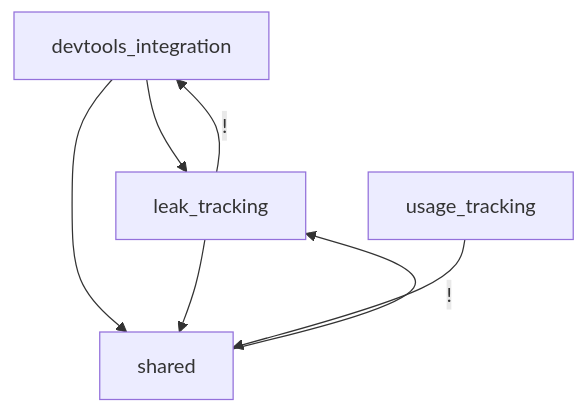
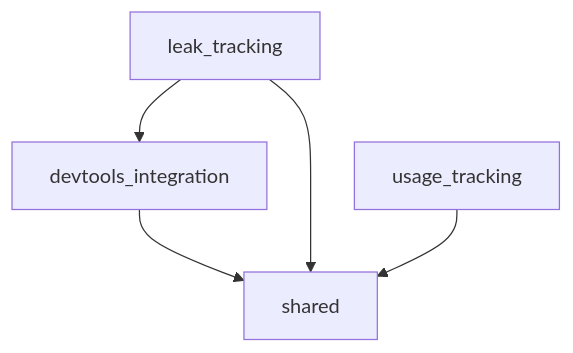
The diagram in pkgs/leak_tracker/lib/src/DEPENDENCIES.md (dart-lang/leak_tracker), drawn with Mermaid before and after one commit. The commit also changed 8 other files, not shown here.

````diff
--- a/pkgs/leak_tracker/lib/src/DEPENDENCIES.md
+++ b/pkgs/leak_tracker/lib/src/DEPENDENCIES.md
@@ -6,9 +6,7 @@
 ```mermaid
 flowchart TD;
-devtools_integration-->leak_tracking;
 devtools_integration-->shared;
-leak_tracking--!-->devtools_integration;
+leak_tracking-->devtools_integration;
 leak_tracking-->shared;
-shared--!-->leak_tracking;
 usage_tracking-->shared;
 ```
````
